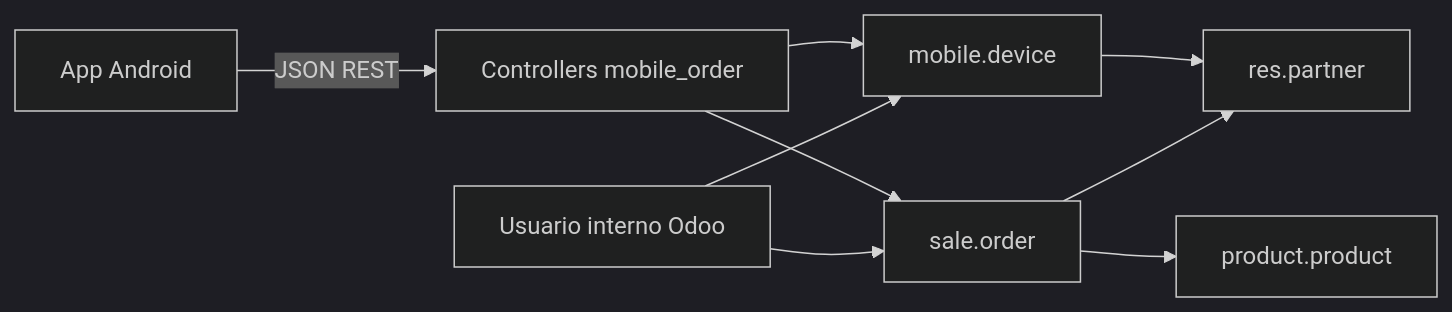
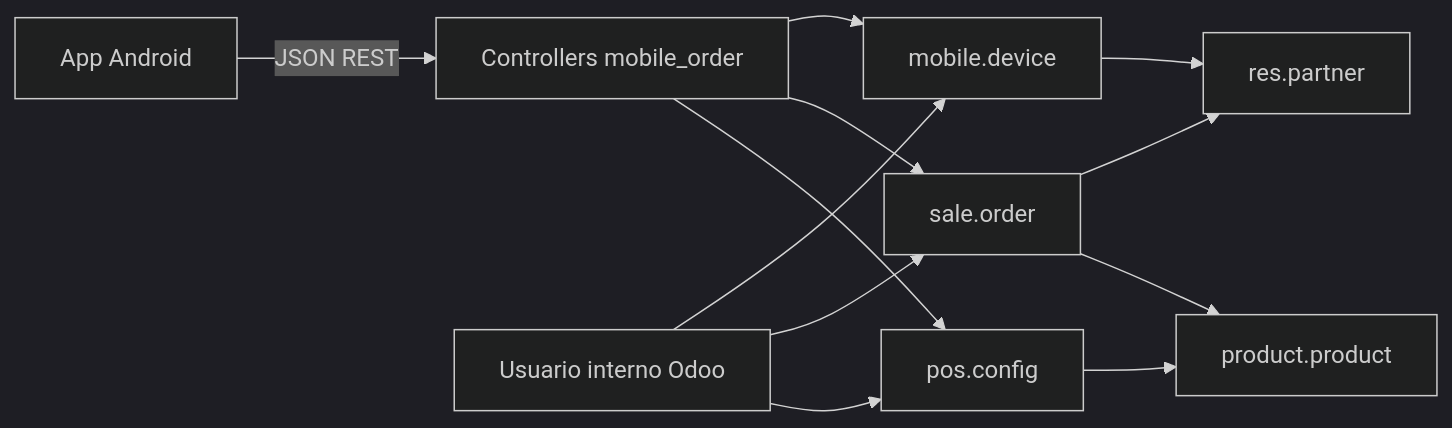
One commit to aprezcuba24/odoo changed the diagram in own_modules/mobile_order/docs/ARCHITECTURE.md. Above: the diagram before and after it, drawn with Mermaid (dark theme). The commit also changed other lines of this file and 12 other files, not shown here.

````diff
--- a/own_modules/mobile_order/docs/ARCHITECTURE.md
+++ b/own_modules/mobile_order/docs/ARCHITECTURE.md
@@ -89,11 +100,14 @@
 ```mermaid
 flowchart LR
     APK[App Android] -->|JSON REST| CTRL[Controllers mobile_order]
     CTRL --> DEV[mobile.device]
     CTRL --> SO[sale.order]
+    CTRL --> POS[pos.config]
+    POS --> PROD[product.product]
     DEV --> P[res.partner]
     SO --> P
-    SO --> PROD[product.product]
+    SO --> PROD
     ADMIN[Usuario interno Odoo] --> DEV
     ADMIN --> SO
+    ADMIN --> POS
 ```
````
